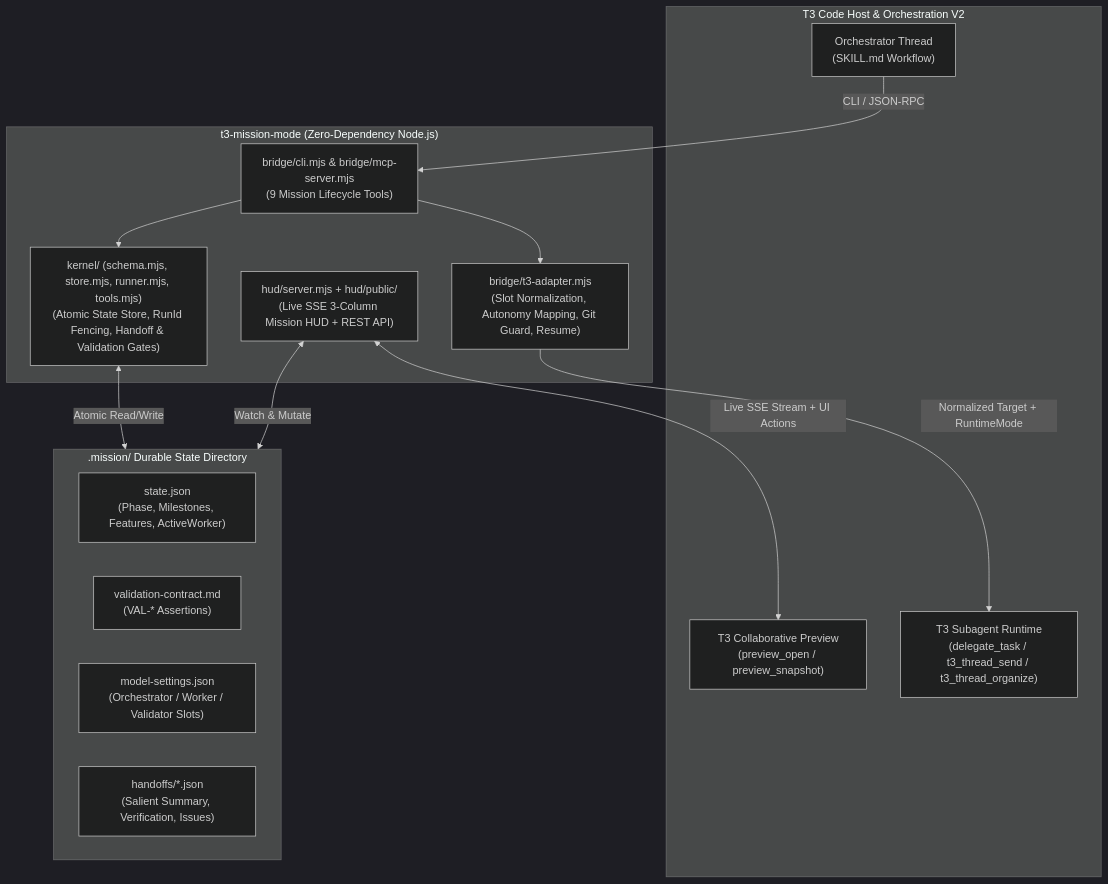
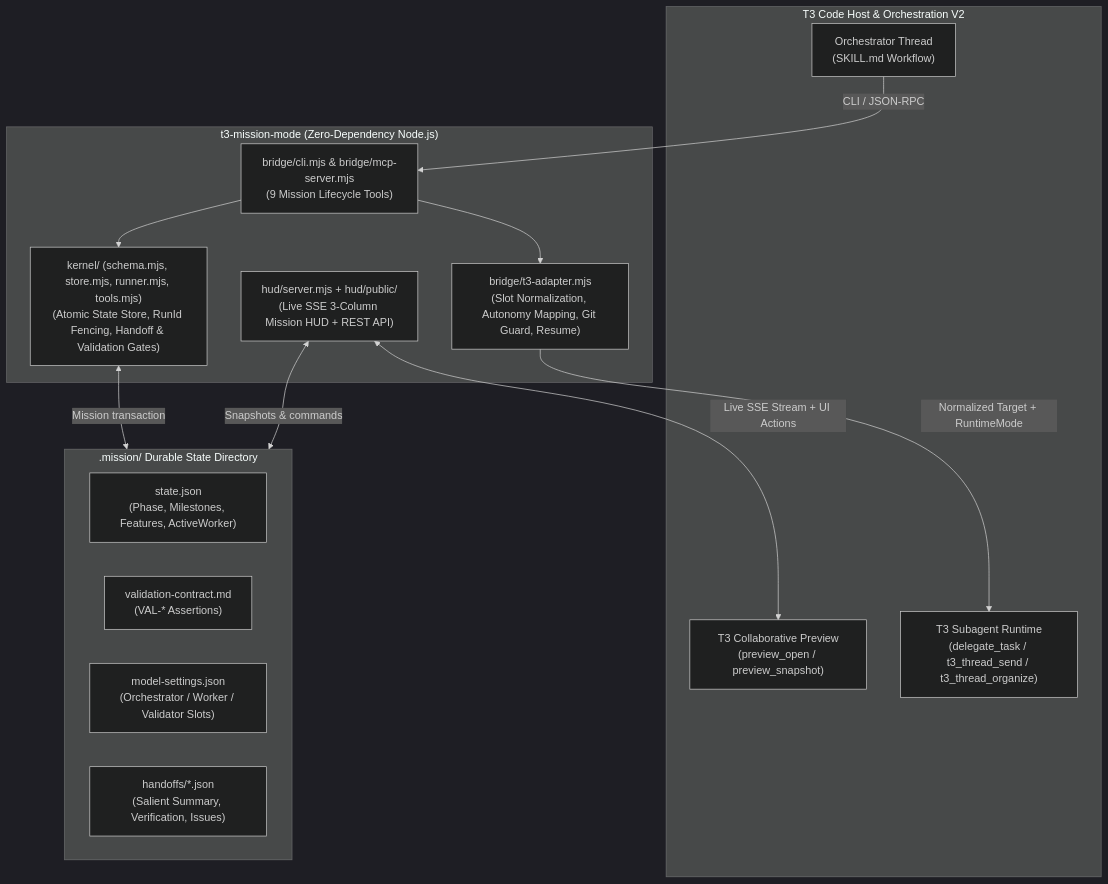
Before and after one commit to aa2246740/t3-mission-mode: the diagram in README.md, drawn with Mermaid (dark theme). The commit also changed other lines of this file and 146 other files, not shown here.

Commit message:
feat: complete autopilot mission kernel, transactional recovery, and HUD updates

````diff
--- a/README.md
+++ b/README.md
@@ -175,30 +186,30 @@
 ```mermaid
 flowchart TB
   subgraph T3["T3 Code Host & Orchestration V2"]
     Agent["Orchestrator Thread\n(SKILL.md Workflow)"]
     Preview["T3 Collaborative Preview\n(preview_open / preview_snapshot)"]
     Delegate["T3 Subagent Runtime\n(delegate_task / t3_thread_send / t3_thread_organize)"]
   end
 
   subgraph Package["t3-mission-mode (Zero-Dependency Node.js)"]
     CLI["bridge/cli.mjs & bridge/mcp-server.mjs\n(9 Mission Lifecycle Tools)"]
     Adapter["bridge/t3-adapter.mjs\n(Slot Normalization, Autonomy Mapping, Git Guard, Resume)"]
     Kernel["kernel/ (schema.mjs, store.mjs, runner.mjs, tools.mjs)\n(Atomic State Store, RunId Fencing, Handoff & Validation Gates)"]
     HUD["hud/server.mjs + hud/public/\n(Live SSE 3-Column Mission HUD + REST API)"]
   end
 
   subgraph Disk[".mission/ Durable State Directory"]
     State["state.json\n(Phase, Milestones, Features, ActiveWorker)"]
     Contract["validation-contract.md\n(VAL-* Assertions)"]
     Models["model-settings.json\n(Orchestrator / Worker / Validator Slots)"]
     Handoffs["handoffs/*.json\n(Salient Summary, Verification, Issues)"]
   end
 
   Agent -->|"CLI / JSON-RPC"| CLI
   CLI --> Kernel
   CLI --> Adapter
   Adapter -->|"Normalized Target + RuntimeMode"| Delegate
-  Kernel <-->|"Atomic Read/Write"| Disk
-  HUD <-->|"Watch & Mutate"| Disk
+  Kernel <-->|"Mission transaction"| Disk
+  HUD <-->|"Snapshots & commands"| Disk
   HUD <-->|"Live SSE Stream + UI Actions"| Preview
 ```
````
